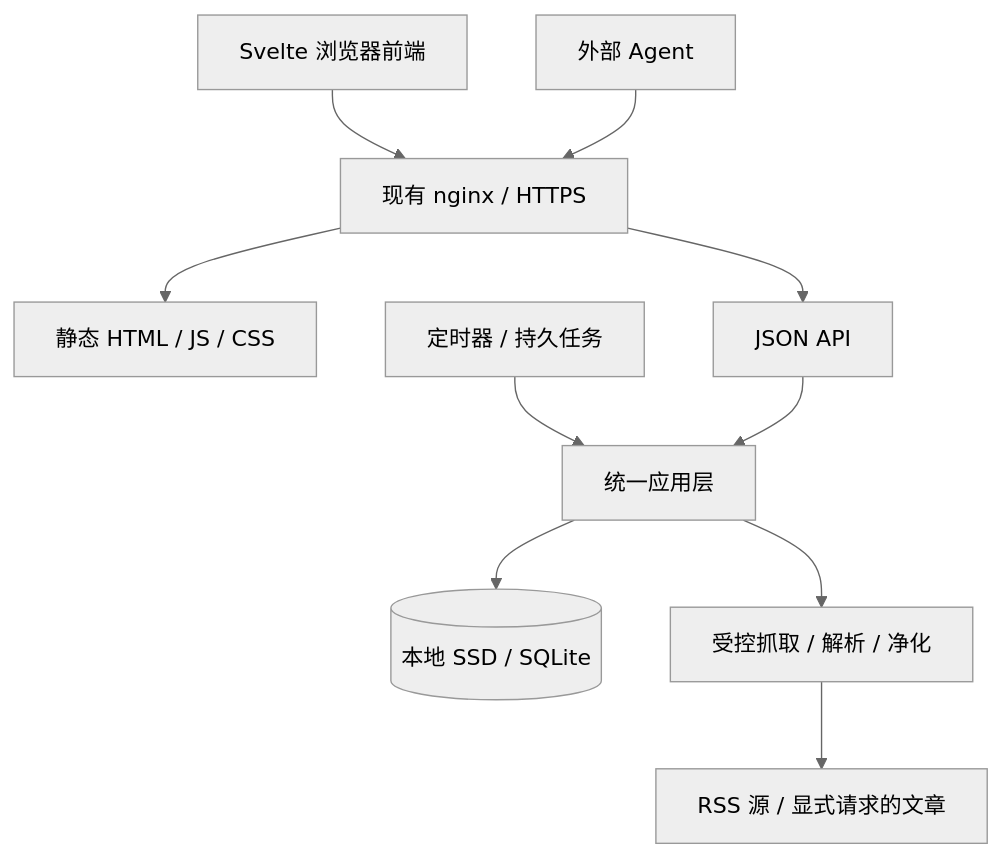
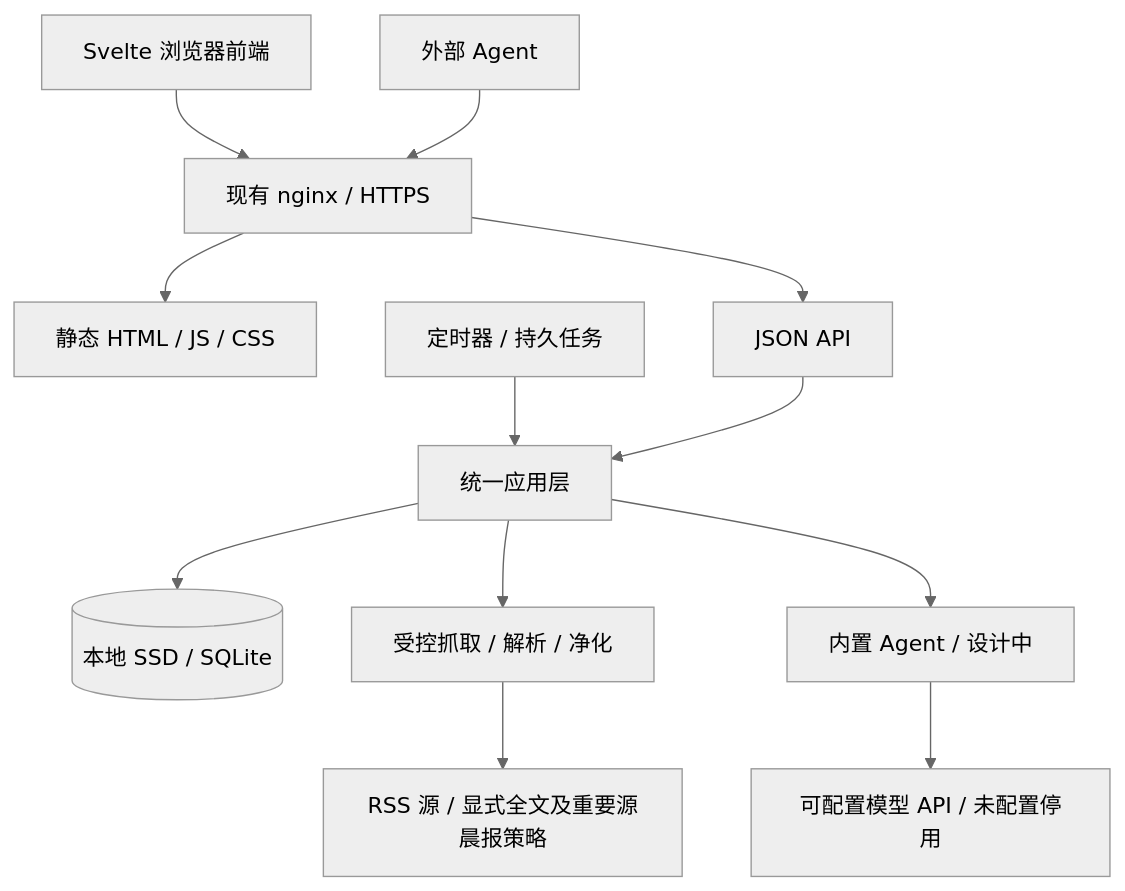
The diagram in docs/architecture.md (douo/shiliu-rss), drawn with Mermaid (neutral theme) before and after one commit. The commit also changed other lines of this file and 10 other files, not shown here.

````diff
--- a/docs/architecture.md
+++ b/docs/architecture.md
@@ -7,12 +9,14 @@
 ```mermaid
 flowchart TD
     Browser[Svelte 浏览器前端] --> Nginx[现有 nginx / HTTPS]
     Agent[外部 Agent] --> Nginx
     Nginx --> Web[静态 HTML / JS / CSS]
     Nginx --> API[JSON API]
     Timer[定时器 / 持久任务] --> App[统一应用层]
     API --> App
     App --> DB[(本地 SSD / SQLite)]
     App --> Fetch[受控抓取 / 解析 / 净化]
-    Fetch --> Sources[RSS 源 / 显式请求的文章]
+    Fetch --> Sources[RSS 源 / 显式全文及重要源晨报策略]
+    App --> Assistant[内置 Agent / 设计中]
+    Assistant --> Model[可配置模型 API / 未配置停用]
 ```
````
